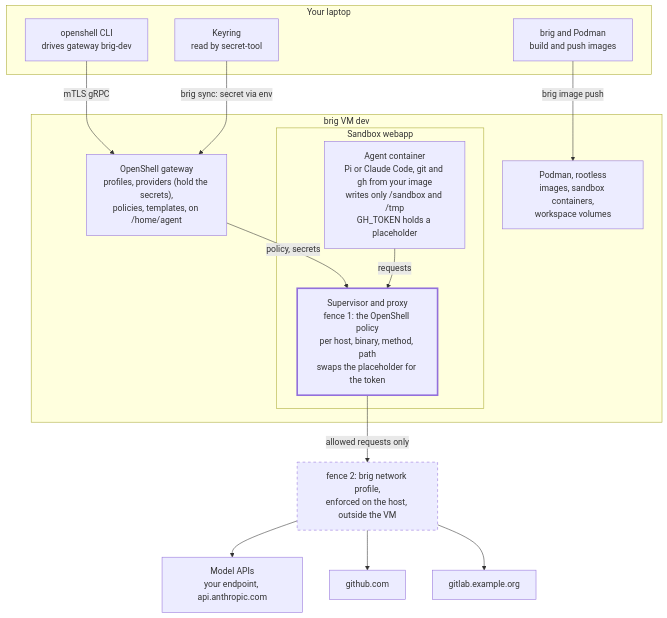
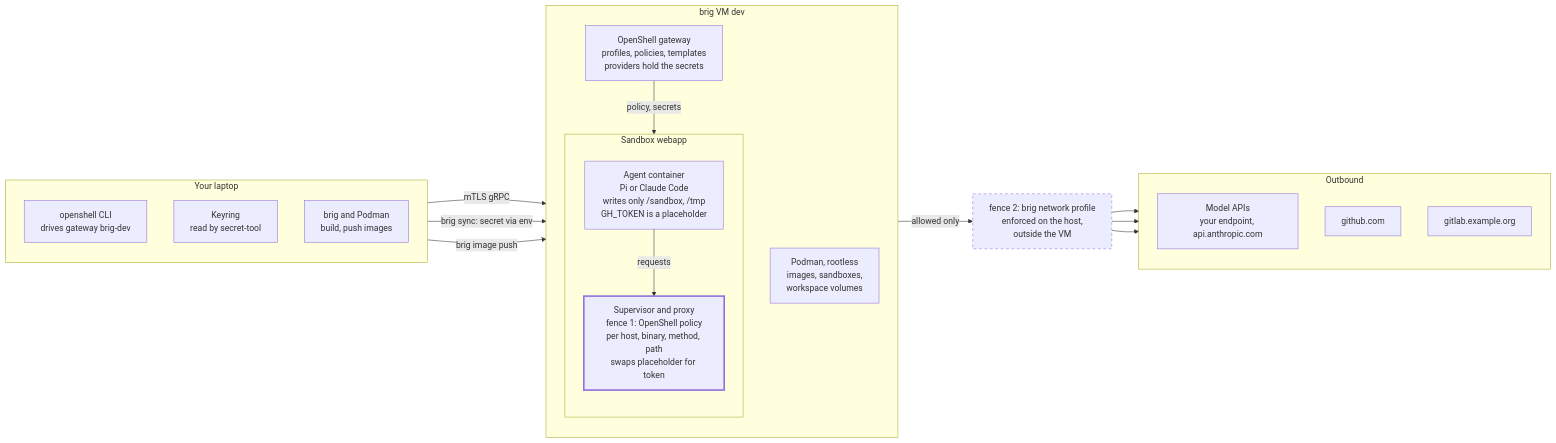
Before and after one commit to dennisklein/brig: the first of 2 diagrams in docs/openshell.md, drawn with Mermaid. The commit also changed other lines of this file, not shown here.

Commit message:
docs(openshell): lay out guide diagrams left to right
- Run the architecture diagram laptop to VM to outbound, stacking only within each section
- Shorten box labels so boxes are wider and shorter
- Lay out the token flow diagram left to right

````diff
--- a/docs/openshell.md
+++ b/docs/openshell.md
@@ -25,29 +25,35 @@
 ```mermaid
-flowchart TB
+flowchart LR
   subgraph host["Your laptop"]
+    direction TB
     cli["openshell CLI<br/>drives gateway brig-dev"]
     keyring["Keyring<br/>read by secret-tool"]
-    hostpodman["brig and Podman<br/>build and push images"]
+    hostpodman["brig and Podman<br/>build, push images"]
   end
   subgraph vm["brig VM dev"]
-    gateway["OpenShell gateway<br/>profiles, providers (hold the secrets),<br/>policies, templates, on /home/agent"]
-    vmpodman["Podman, rootless<br/>images, sandbox containers,<br/>workspace volumes"]
+    direction TB
+    gateway["OpenShell gateway<br/>profiles, policies, templates<br/>providers hold the secrets"]
+    vmpodman["Podman, rootless<br/>images, sandboxes,<br/>workspace volumes"]
     subgraph sandbox["Sandbox webapp"]
-      agent["Agent container<br/>Pi or Claude Code, git and gh from your image<br/>writes only /sandbox and /tmp<br/>GH_TOKEN holds a placeholder"]
-      proxy["Supervisor and proxy<br/>fence 1: the OpenShell policy<br/>per host, binary, method, path<br/>swaps the placeholder for the token"]
+      direction TB
+      agent["Agent container<br/>Pi or Claude Code<br/>writes only /sandbox, /tmp<br/>GH_TOKEN is a placeholder"]
+      proxy["Supervisor and proxy<br/>fence 1: OpenShell policy<br/>per host, binary, method, path<br/>swaps placeholder for token"]
     end
   end
-  fence["fence 2: brig network profile,<br/>enforced on the host, outside the VM"]
-  models["Model APIs<br/>your endpoint, api.anthropic.com"]
-  github["github.com"]
-  gitlab["gitlab.example.org"]
+  fence["fence 2: brig network profile<br/>enforced on the host,<br/>outside the VM"]
+  subgraph out["Outbound"]
+    direction TB
+    models["Model APIs<br/>your endpoint, api.anthropic.com"]
+    github["github.com"]
+    gitlab["gitlab.example.org"]
+  end
   cli -- "mTLS gRPC" --> gateway
   keyring -- "brig sync: secret via env" --> gateway
   hostpodman -- "brig image push" --> vmpodman
   gateway -- "policy, secrets" --> proxy
   agent -- requests --> proxy
-  proxy -- "allowed requests only" --> fence
+  proxy -- "allowed only" --> fence
   fence --> models & github & gitlab
   style proxy stroke-width:3px
   style fence stroke-dasharray: 5 5
 ```
````
